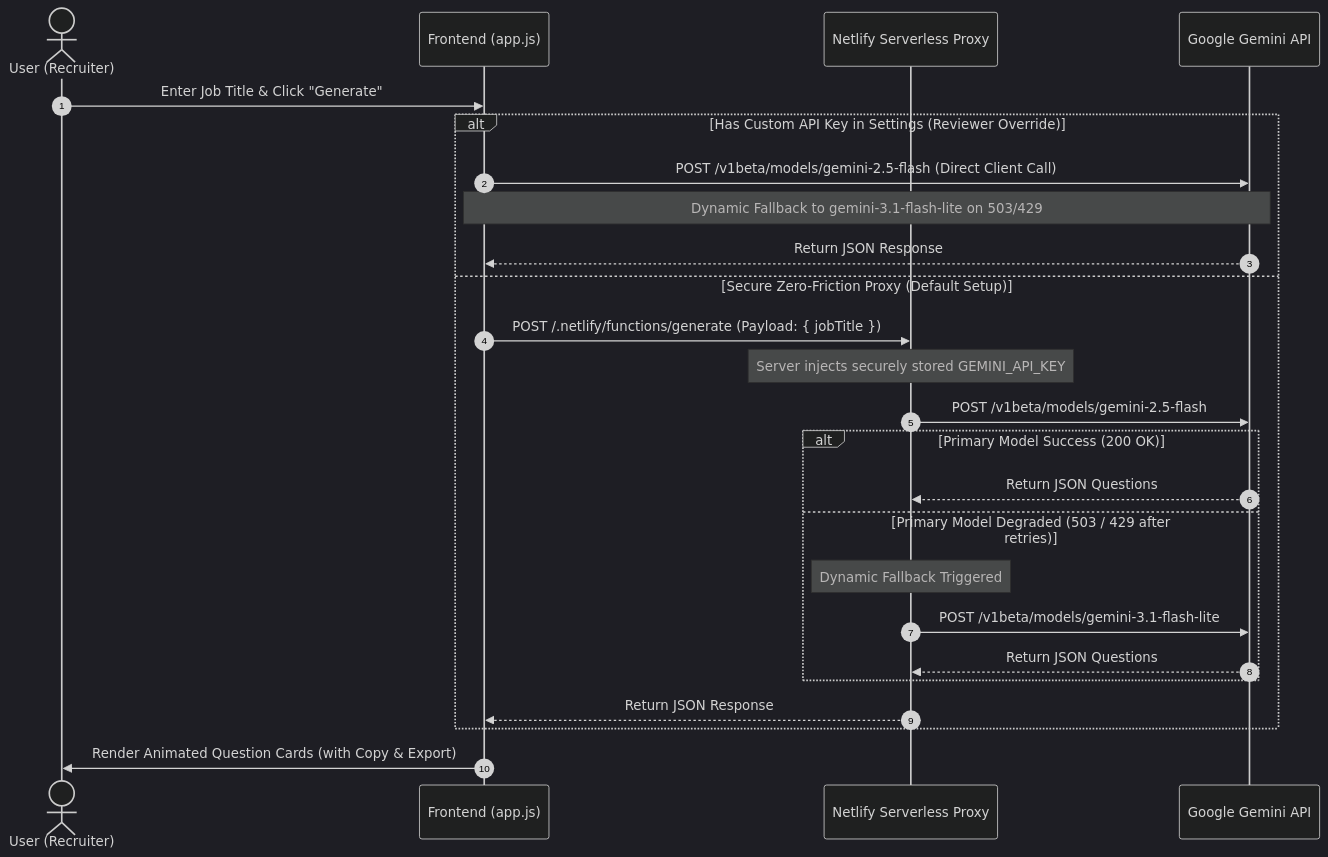
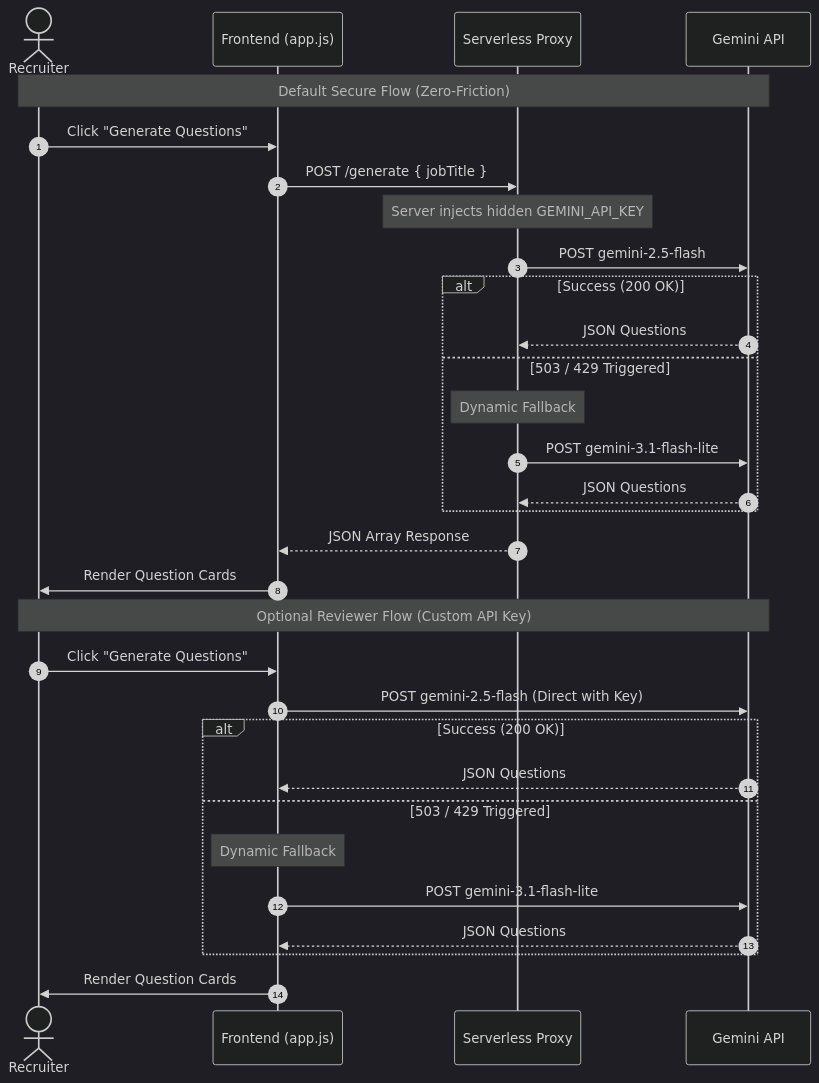
Before and after one commit to Ebendttl/iq-gen: the second of 2 diagrams in README.md, drawn with Mermaid (dark theme). The commit also changed other lines of this file and 1 other file, not shown here.

Commit message:
docs: resolve Mermaid rendering bugs and apply premium styling; optimize JSON extraction in app.js

````diff
--- a/README.md
+++ b/README.md
@@ -13,33 +68,35 @@
 ```mermaid
 sequenceDiagram
     autonumber
-    actor User as User (Recruiter)
+    actor User as Recruiter
     participant FE as Frontend (app.js)
-    participant Proxy as Netlify Serverless Proxy
-    participant Gemini as Google Gemini API
+    participant Proxy as Serverless Proxy
+    participant Gemini as Gemini API
 
-    User->>FE: Enter Job Title & Click "Generate"
-    
-    alt Has Custom API Key in Settings (Reviewer Override)
-        FE->>Gemini: POST /v1beta/models/gemini-2.5-flash (Direct Client Call)
-        Note over FE,Gemini: Dynamic Fallback to gemini-3.1-flash-lite on 503/429
-        Gemini-->>FE: Return JSON Response
-    else Secure Zero-Friction Proxy (Default Setup)
-        FE->>Proxy: POST /.netlify/functions/generate (Payload: { jobTitle })
-        Note over Proxy: Server injects securely stored GEMINI_API_KEY
-        
-        Proxy->>Gemini: POST /v1beta/models/gemini-2.5-flash
-        
-        alt Primary Model Success (200 OK)
-            Gemini-->>Proxy: Return JSON Questions
-        else Primary Model Degraded (503 / 429 after retries)
-            Note over Proxy: Dynamic Fallback Triggered
-            Proxy->>Gemini: POST /v1beta/models/gemini-3.1-flash-lite
-            Gemini-->>Proxy: Return JSON Questions
-        end
-        
-        Proxy-->>FE: Return JSON Response
+    Note over User,Gemini: Default Secure Flow (Zero-Friction)
+    User->>FE: Click "Generate Questions"
+    FE->>Proxy: POST /generate { jobTitle }
+    Note over Proxy: Server injects hidden GEMINI_API_KEY
+    Proxy->>Gemini: POST gemini-2.5-flash
+    alt Success (200 OK)
+        Gemini-->>Proxy: JSON Questions
+    else 503 / 429 Triggered
+        Note over Proxy: Dynamic Fallback
+        Proxy->>Gemini: POST gemini-3.1-flash-lite
+        Gemini-->>Proxy: JSON Questions
     end
-    
-    FE->>User: Render Animated Question Cards (with Copy & Export)
+    Proxy-->>FE: JSON Array Response
+    FE->>User: Render Question Cards
+
+    Note over User,Gemini: Optional Reviewer Flow (Custom API Key)
+    User->>FE: Click "Generate Questions"
+    FE->>Gemini: POST gemini-2.5-flash (Direct with Key)
+    alt Success (200 OK)
+        Gemini-->>FE: JSON Questions
+    else 503 / 429 Triggered
+        Note over FE: Dynamic Fallback
+        FE->>Gemini: POST gemini-3.1-flash-lite
+        Gemini-->>FE: JSON Questions
+    end
+    FE->>User: Render Question Cards
 ```
````
